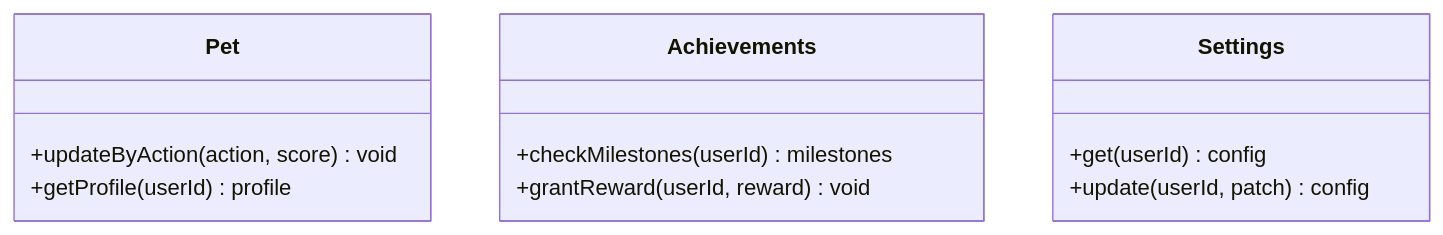
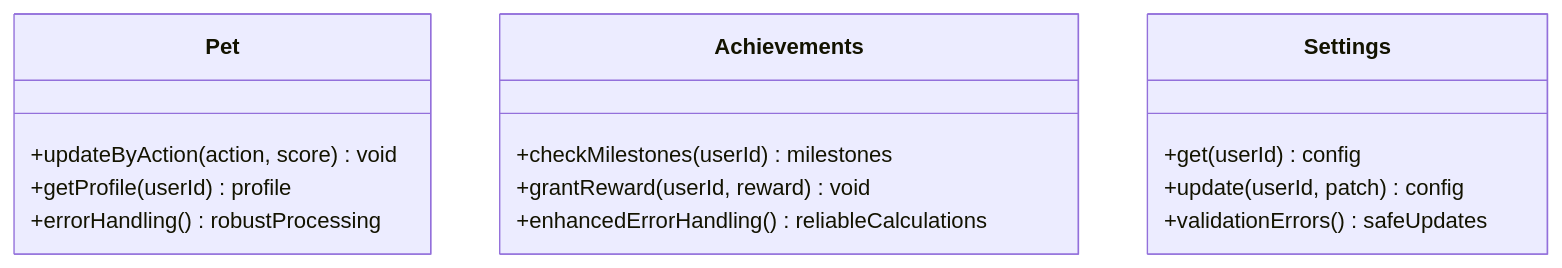
Before and after one commit to cwb7756/bio: the tenth of 12 diagrams in .qoder/repowiki/zh/content/架构设计/后端架构设计/云函数架构设计.md, drawn with Mermaid. The commit also changed other lines of this file and 45 other files, not shown here.

````diff
--- a/.qoder/repowiki/zh/content/架构设计/后端架构设计/云函数架构设计.md
+++ b/.qoder/repowiki/zh/content/架构设计/后端架构设计/云函数架构设计.md
@@ -410,15 +501,18 @@
 ```mermaid
 classDiagram
 class Pet {
 +updateByAction(action, score) void
 +getProfile(userId) profile
++errorHandling() robustProcessing
 }
 class Achievements {
 +checkMilestones(userId) milestones
 +grantReward(userId, reward) void
++enhancedErrorHandling() reliableCalculations
 }
 class Settings {
 +get(userId) config
 +update(userId, patch) config
++validationErrors() safeUpdates
 }
 ```
````
